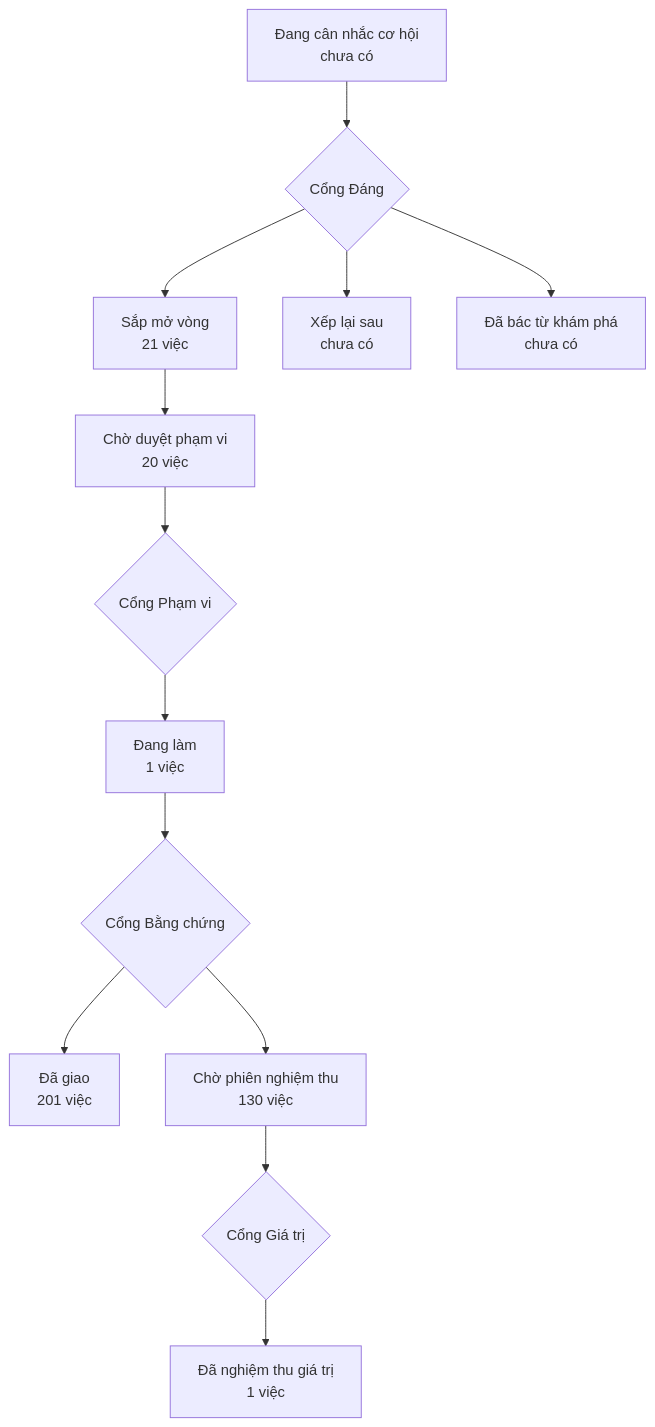
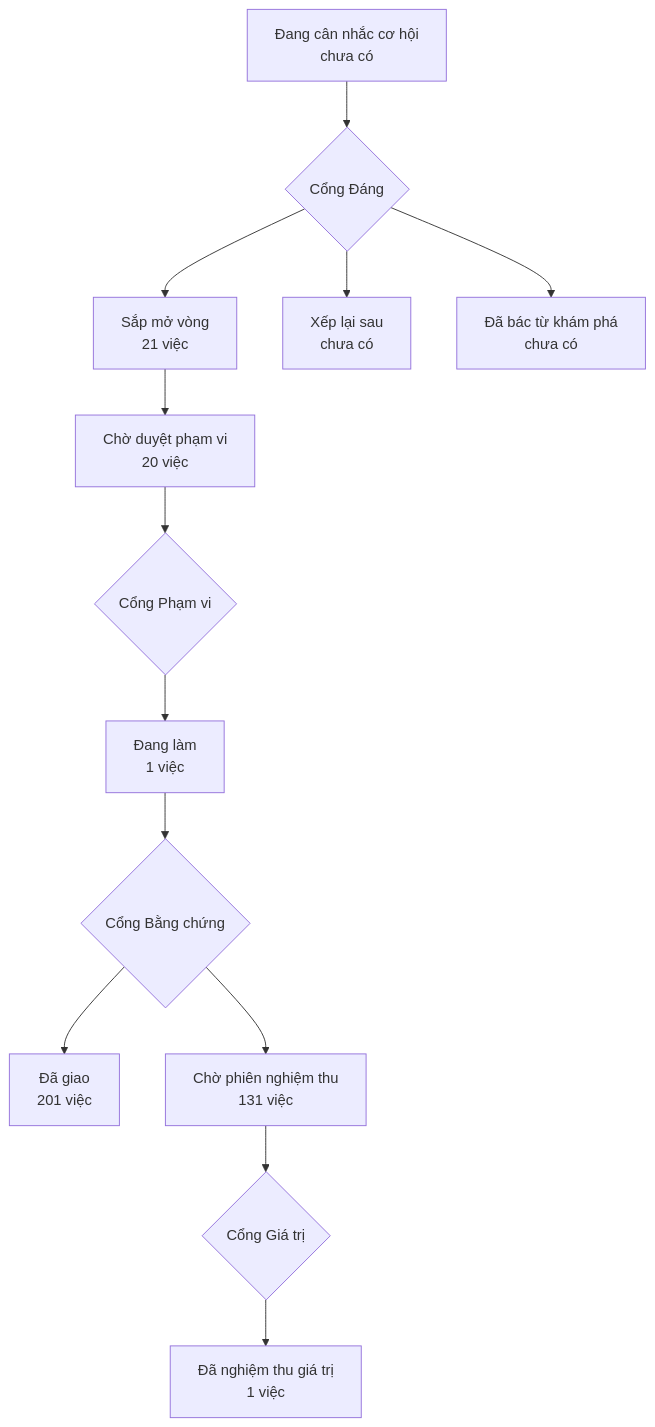
One commit to phanlemanh/onehub-invest changed the diagram in PRODUCT-MAP.md. Above: the diagram before and after it, drawn with Mermaid. The commit also changed other lines of this file and 1 other file, not shown here.

Commit message:
chore(map): vẽ lại bản đồ sau khi gộp main

````diff
--- a/PRODUCT-MAP.md
+++ b/PRODUCT-MAP.md
@@ -7,12 +7,12 @@
 ```mermaid
 flowchart TD
   A["Đang cân nhắc cơ hội<br/>chưa có"] --> GD{"Cổng Đáng"}
   GD --> B["Sắp mở vòng<br/>21 việc"]
   GD --> XL["Xếp lại sau<br/>chưa có"]
   GD --> DB["Đã bác từ khám phá<br/>chưa có"]
   B --> CD["Chờ duyệt phạm vi<br/>20 việc"] --> GP{"Cổng Phạm vi"}
   GP --> DL["Đang làm<br/>1 việc"] --> GB{"Cổng Bằng chứng"}
   GB --> DG["Đã giao<br/>201 việc"]
-  GB --> CN["Chờ phiên nghiệm thu<br/>130 việc"] --> GG{"Cổng Giá trị"}
+  GB --> CN["Chờ phiên nghiệm thu<br/>131 việc"] --> GG{"Cổng Giá trị"}
   GG --> NT["Đã nghiệm thu giá trị<br/>1 việc"]
 ```
````
